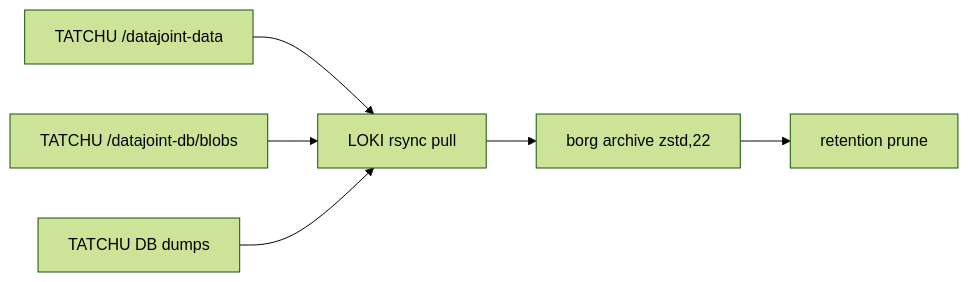
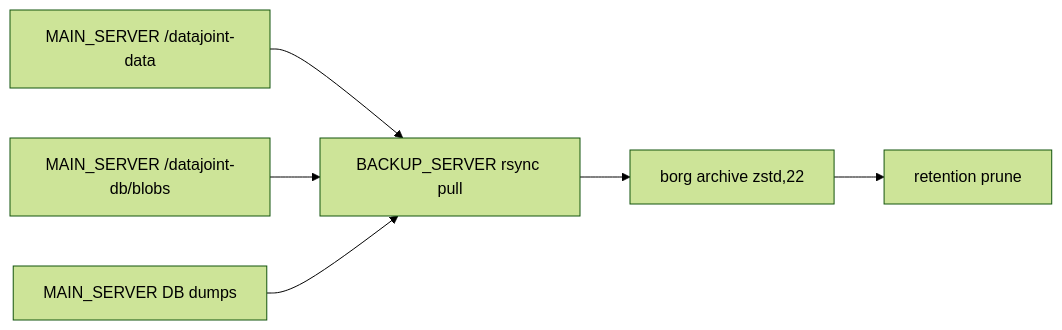
One commit to trose-neuro/adamacs_documentation changed the diagram in docs/infrastructure/backups.md. Above: the diagram before and after it, drawn with Mermaid (forest theme). The commit also changed other lines of this file and 24 other files, not shown here.

````diff
--- a/docs/infrastructure/backups.md
+++ b/docs/infrastructure/backups.md
@@ -39,8 +39,8 @@
 ```{mermaid}
 flowchart LR
-    TDATA[TATCHU /datajoint-data] --> RSYNC[LOKI rsync pull]
-    TBLOB[TATCHU /datajoint-db/blobs] --> RSYNC
-    TDB[TATCHU DB dumps] --> RSYNC
+    TDATA[MAIN_SERVER /datajoint-data] --> RSYNC[BACKUP_SERVER rsync pull]
+    TBLOB[MAIN_SERVER /datajoint-db/blobs] --> RSYNC
+    TDB[MAIN_SERVER DB dumps] --> RSYNC
     RSYNC --> BORG[borg archive zstd,22]
     BORG --> RET[retention prune]
 ```
````
